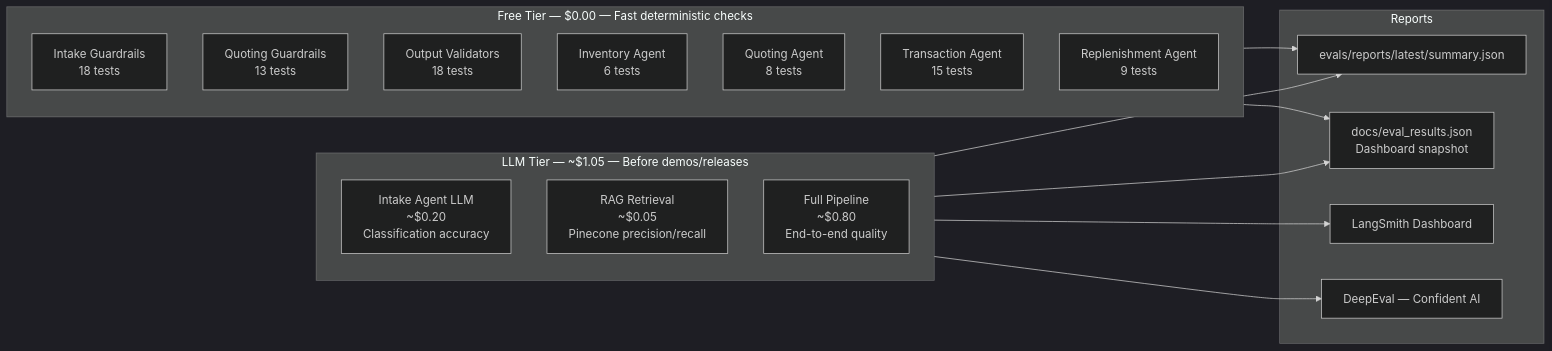
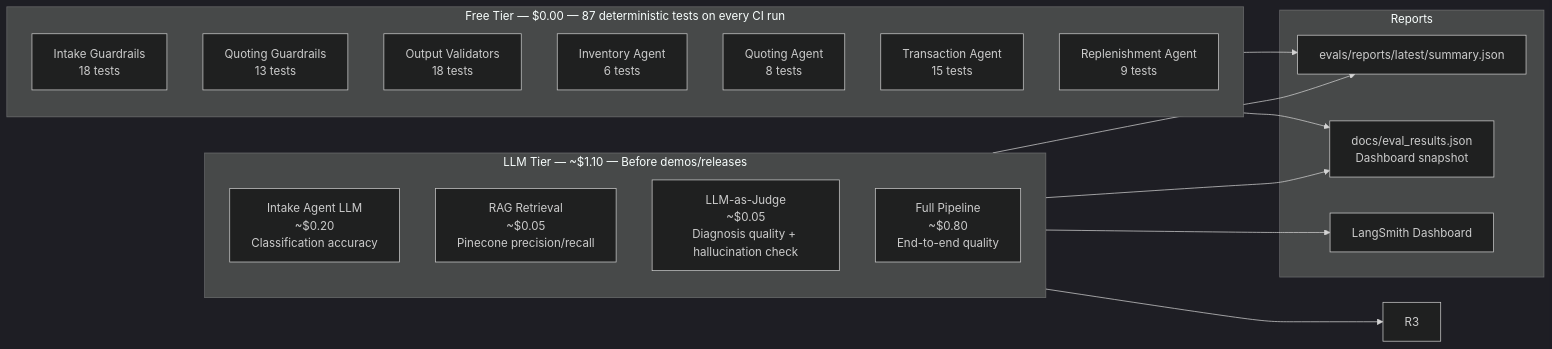
Before and after one commit to PravirSinha/Conduit: the fourth of 5 diagrams in docs/architecture.md, drawn with Mermaid (dark theme). The commit also changed other lines of this file and 1 other file, not shown here.

Commit message:
update README and architecture

````diff
--- a/docs/architecture.md
+++ b/docs/architecture.md
@@ -160,32 +160,32 @@
 ```mermaid
 graph LR
-    subgraph FREE["Free Tier — $0.00 — Fast deterministic checks"]
+    subgraph FREE["Free Tier — $0.00 — 87 deterministic tests on every CI run"]
         G1[Intake Guardrails<br/>18 tests]
         G2[Quoting Guardrails<br/>13 tests]
         G3[Output Validators<br/>18 tests]
         C1[Inventory Agent<br/>6 tests]
         C2[Quoting Agent<br/>8 tests]
         C3[Transaction Agent<br/>15 tests]
         C4[Replenishment Agent<br/>9 tests]
     end
 
-    subgraph PAID["LLM Tier — ~$1.05 — Before demos/releases"]
+    subgraph PAID["LLM Tier — ~$1.10 — Before demos/releases"]
         L1[Intake Agent LLM<br/>~$0.20<br/>Classification accuracy]
         L2[RAG Retrieval<br/>~$0.05<br/>Pinecone precision/recall]
-        L3[Full Pipeline<br/>~$0.80<br/>End-to-end quality]
+        L3[LLM-as-Judge<br/>~$0.05<br/>Diagnosis quality + hallucination check]
+        L4[Full Pipeline<br/>~$0.80<br/>End-to-end quality]
     end
 
     subgraph REPORT["Reports"]
         R1[evals/reports/latest/summary.json]
         R1b[docs/eval_results.json<br/>Dashboard snapshot]
         R2[LangSmith Dashboard]
-        R3[DeepEval — Confident AI]
     end
 
     FREE --> R1
     FREE --> R1b
     PAID --> R1
     PAID --> R1b
     PAID --> R2
     PAID --> R3
 ```
````
